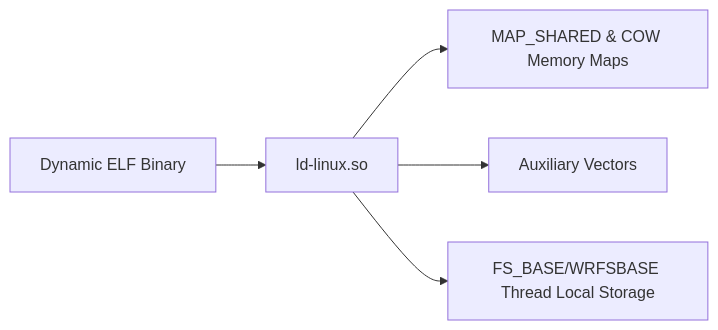
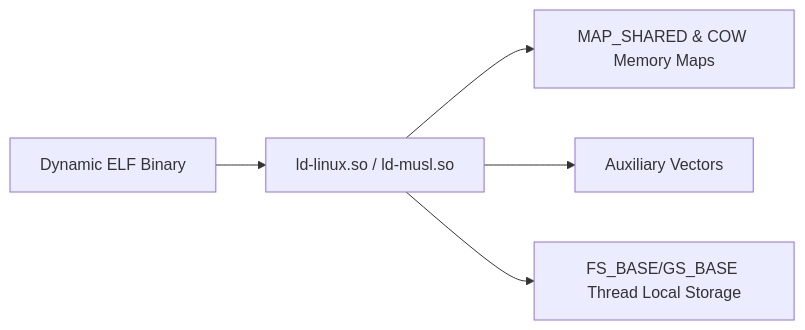
The second of 6 diagrams in docs/roadmap.md (Kontsnor/KontsnorOS), drawn with Mermaid before and after one commit. The commit also changed other lines of this file and 3 other files, not shown here.

````diff
--- a/docs/roadmap.md
+++ b/docs/roadmap.md
@@ -55,7 +63,7 @@
 ```mermaid
 flowchart LR
-    ELF[Dynamic ELF Binary] --> LD[ld-linux.so]
+    ELF[Dynamic ELF Binary] --> LD[ld-linux.so / ld-musl.so]
     LD --> MMAP[MAP_SHARED & COW Memory Maps]
     LD --> AUXV[Auxiliary Vectors]
-    LD --> TLS[FS_BASE/WRFSBASE Thread Local Storage]
+    LD --> TLS[FS_BASE/GS_BASE Thread Local Storage]
 ```
````
